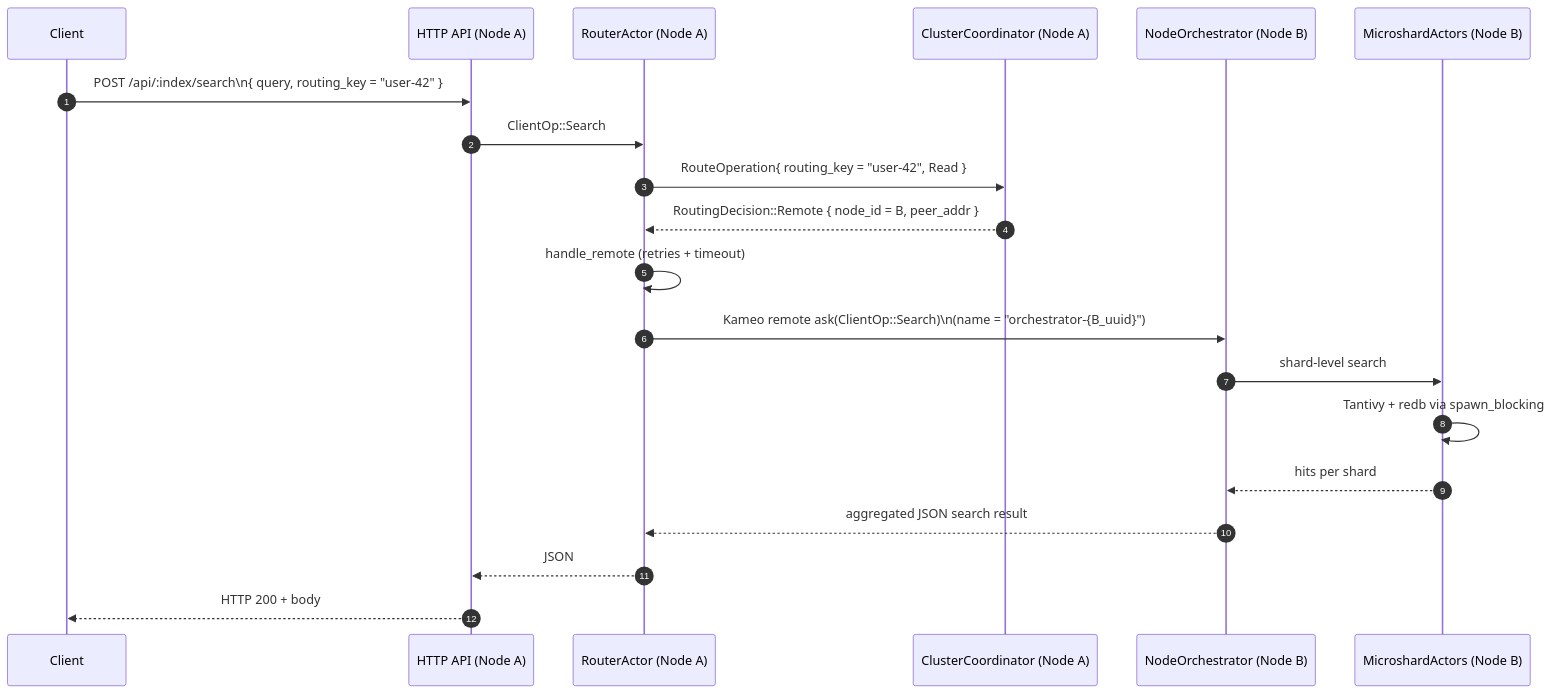
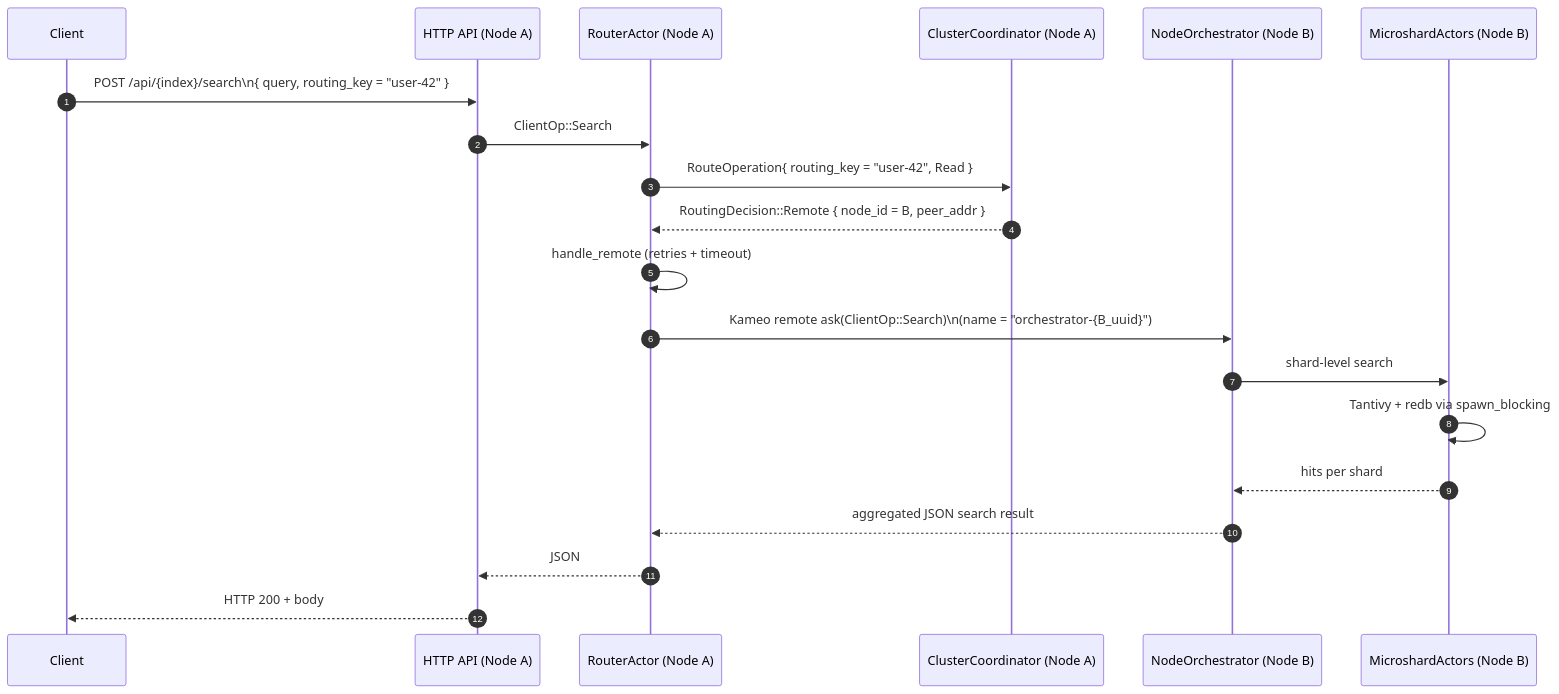
One commit to cameodb/cameodb changed the diagram in docs/README.md. Above: the diagram before and after it, drawn with Mermaid. The commit also changed other lines of this file and 3 other files, not shown here.

````diff
--- a/docs/README.md
+++ b/docs/README.md
@@ -20,24 +20,24 @@
 ```mermaid
 sequenceDiagram
     autonumber
     participant Client
     participant A_HTTP as HTTP API (Node A)
     participant A_Router as RouterActor (Node A)
     participant A_Coord as ClusterCoordinator (Node A)
     participant B_Orch as NodeOrchestrator (Node B)
     participant B_Shards as MicroshardActors (Node B)
 
-    Client->>A_HTTP: POST /api/:index/search\n{ query, routing_key = "user-42" }
+    Client->>A_HTTP: POST /api/{index}/search\n{ query, routing_key = "user-42" }
     A_HTTP->>A_Router: ClientOp::Search
     A_Router->>A_Coord: RouteOperation{ routing_key = "user-42", Read }
     A_Coord-->>A_Router: RoutingDecision::Remote { node_id = B, peer_addr }
 
     A_Router->>A_Router: handle_remote (retries + timeout)
     A_Router->>B_Orch: Kameo remote ask(ClientOp::Search)\n(name = "orchestrator-{B_uuid}")
     B_Orch->>B_Shards: shard-level search
     B_Shards->>B_Shards: Tantivy + redb via spawn_blocking
     B_Shards-->>B_Orch: hits per shard
     B_Orch-->>A_Router: aggregated JSON search result
     A_Router-->>A_HTTP: JSON
     A_HTTP-->>Client: HTTP 200 + body
 ```
````
